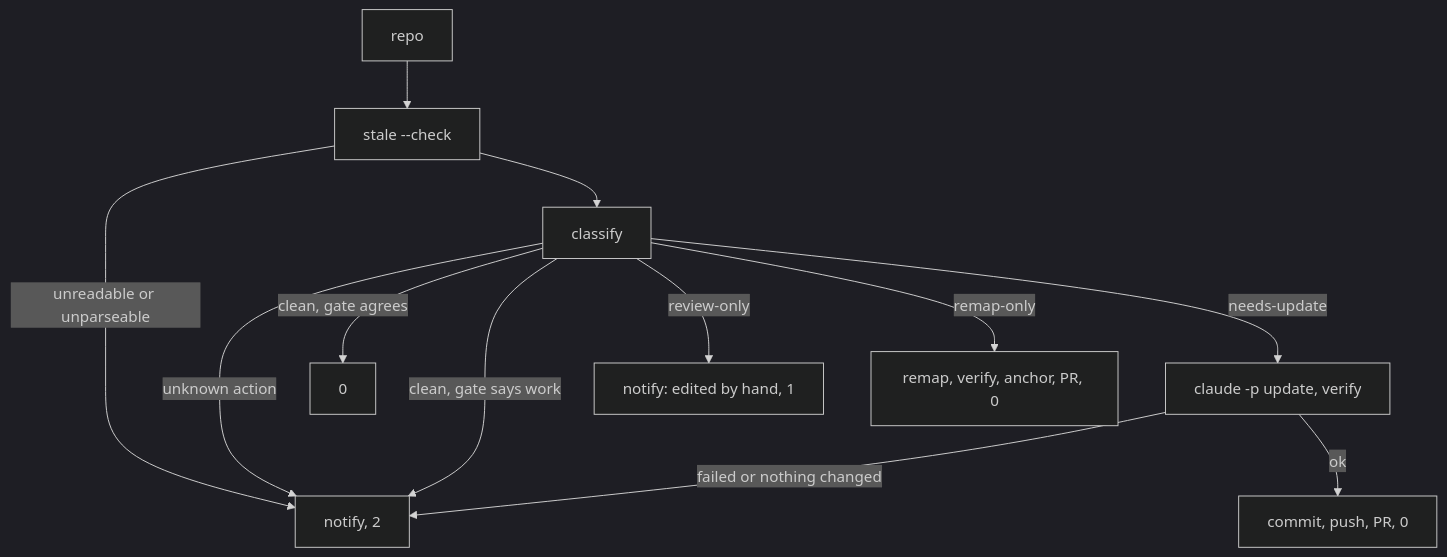
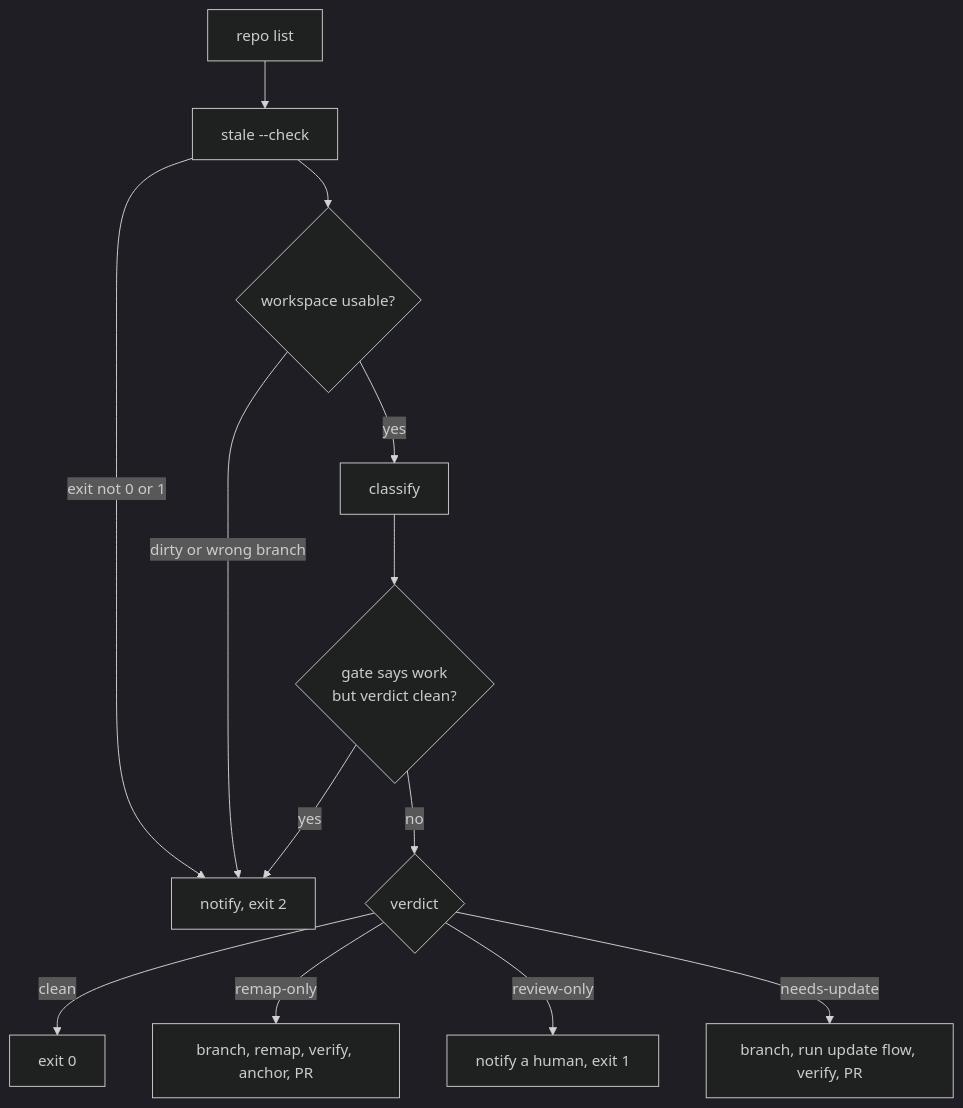
Before and after one commit to ARMeeru/akashic-record: the diagram in .akashic/wiki/maintenance-loop.md, drawn with Mermaid (dark theme). The commit also changed other lines of this file and 4 other files, not shown here.

````diff
--- a/.akashic/wiki/maintenance-loop.md
+++ b/.akashic/wiki/maintenance-loop.md
@@ -64,14 +13,15 @@
 ```mermaid
 flowchart TD
-    R[repo] --> G[stale --check]
-    G -- unreadable or unparseable --> E2[notify, 2]
-    G --> C[classify]
-    C -- unknown action --> E2
-    C -- clean, gate agrees --> Z[0]
-    C -- clean, gate says work --> E2
-    C -- review-only --> H[notify: edited by hand, 1]
-    C -- remap-only --> RM[remap, verify, anchor, PR, 0]
-    C -- needs-update --> U[claude -p update, verify]
-    U -- failed or nothing changed --> E2
-    U -- ok --> PR[commit, push, PR, 0]
+    A[repo list] --> B[stale --check]
+    B -->|exit not 0 or 1| F[notify, exit 2]
+    B --> C{workspace usable?}
+    C -->|dirty or wrong branch| F
+    C -->|yes| D[classify]
+    D --> G{gate says work<br/>but verdict clean?}
+    G -->|yes| F
+    G -->|no| H{verdict}
+    H -->|clean| I[exit 0]
+    H -->|remap-only| J[branch, remap, verify, anchor, PR]
+    H -->|review-only| K[notify a human, exit 1]
+    H -->|needs-update| L[branch, run update flow, verify, PR]
 ```
````
